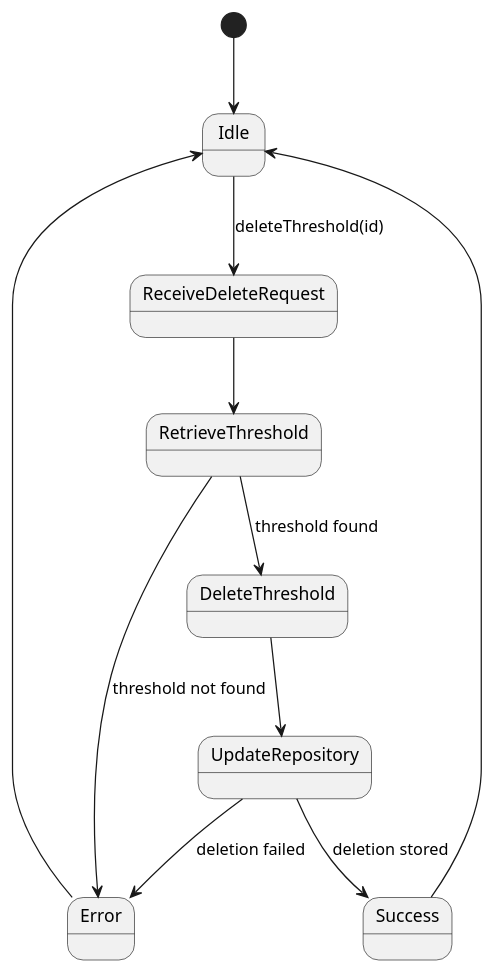
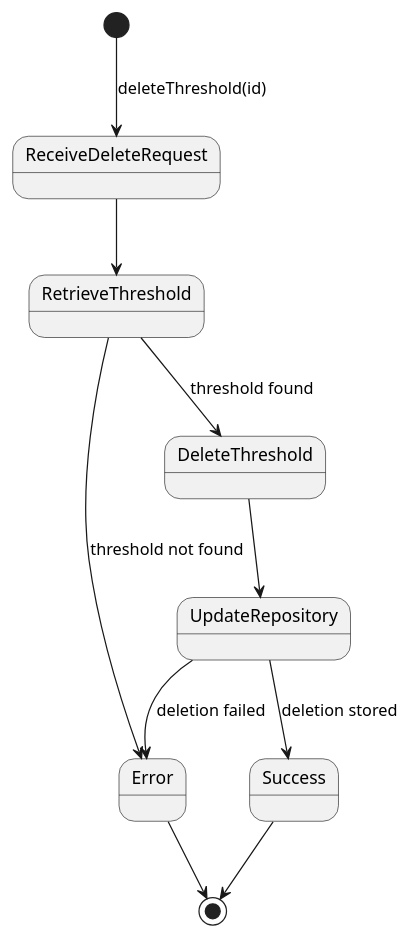
The diagram in docs/diagrams/plantuml/state/thresh_delete_thresh.puml (harmanpreet-sagar/SFWRENG-3A04-Group6-T01), drawn with PlantUML before and after one commit. The commit also changed 4 other files, not shown here.

Commit message:
fix: Error and success states go to end state and not back to idle

```diff
--- a/docs/diagrams/plantuml/state/thresh_delete_thresh.puml
+++ b/docs/diagrams/plantuml/state/thresh_delete_thresh.puml
@@ -1,20 +1,18 @@
 @startuml thresh_delete_threshold
 
-[*] --> Idle
-
-Idle --> ReceiveDeleteRequest : deleteThreshold(id)
+[*] --> ReceiveDeleteRequest : deleteThreshold(id)
 
 ReceiveDeleteRequest --> RetrieveThreshold
 
 RetrieveThreshold --> Error : threshold not found
 RetrieveThreshold --> DeleteThreshold : threshold found
 
 DeleteThreshold --> UpdateRepository
 
 UpdateRepository --> Success : deletion stored
 UpdateRepository --> Error : deletion failed
 
-Success --> Idle
-Error --> Idle
+Success --> [*]
+Error --> [*]
 
 @enduml
```
